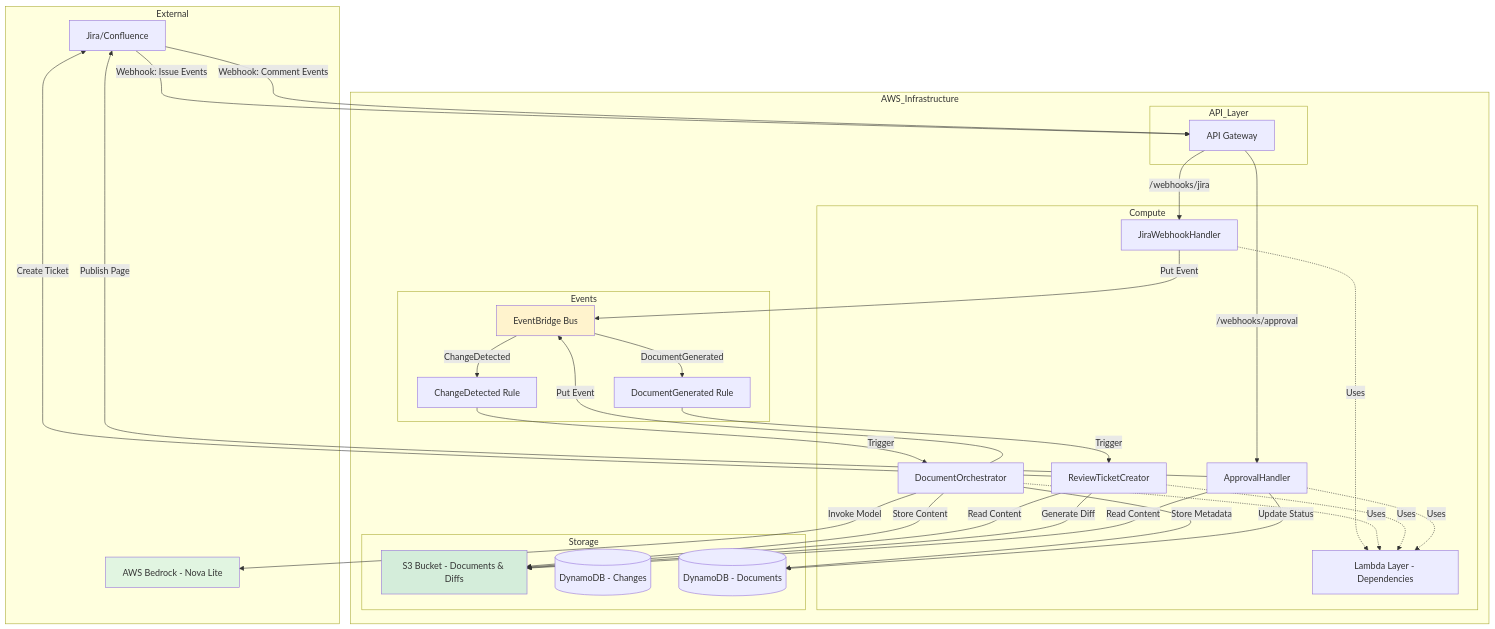
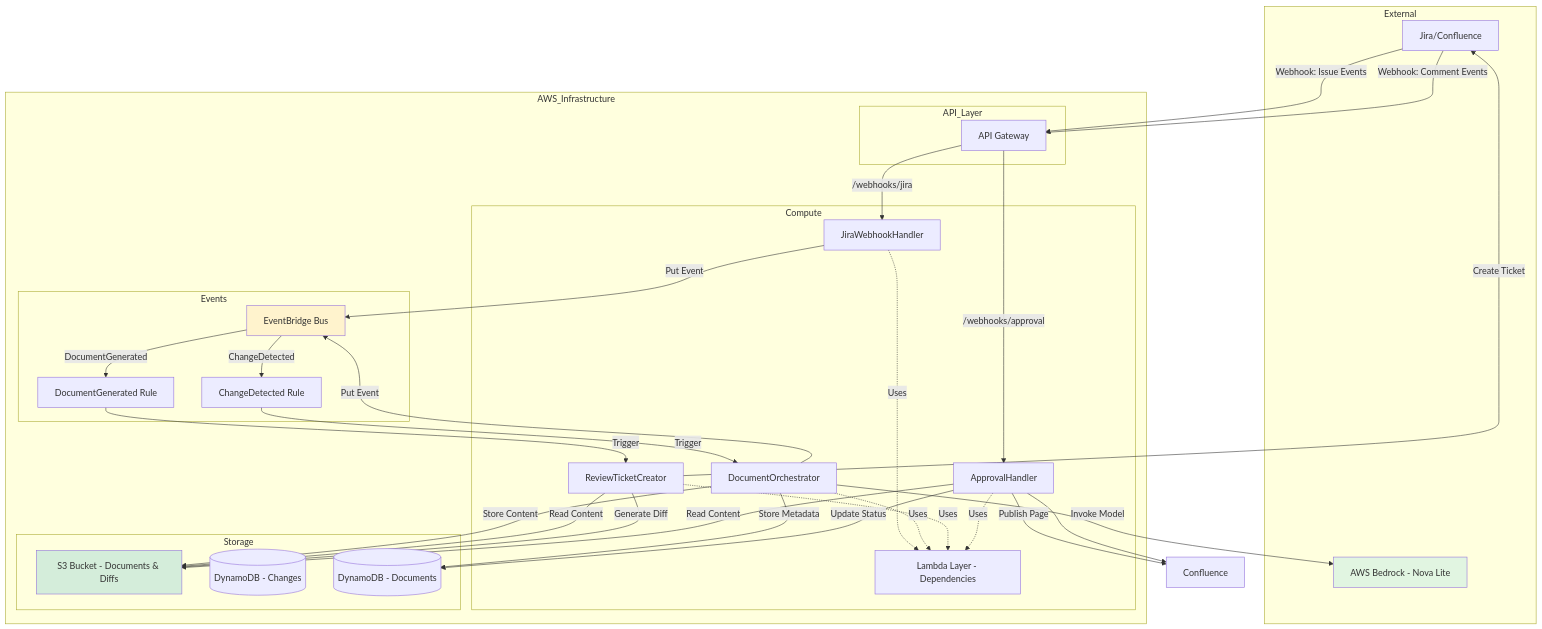
The first of 3 diagrams in docs/architecture.md (jaredgiosinuff/kinexus-ai), drawn with Mermaid before and after one commit. The commit also changed other lines of this file and 1 other file, not shown here.

First line of the commit message:
docs: Fix architecture.md inaccuracies and remove GitHub webhook references

````diff
--- a/docs/architecture.md
+++ b/docs/architecture.md
@@ -9,67 +9,70 @@
 ```mermaid
 flowchart TB
     subgraph External
         Jira[Jira/Confluence]
         Bedrock[AWS Bedrock - Nova Lite]
     end
 
     subgraph AWS_Infrastructure
         subgraph API_Layer
             APIGW[API Gateway]
         end
 
         subgraph Compute
             L1[JiraWebhookHandler]
             L2[DocumentOrchestrator]
             L3[ReviewTicketCreator]
             L4[ApprovalHandler]
             Layer[Lambda Layer - Dependencies]
         end
 
         subgraph Events
             EventBus[EventBridge Bus]
             R1[ChangeDetected Rule]
             R2[DocumentGenerated Rule]
         end
 
         subgraph Storage
             S3[S3 Bucket - Documents & Diffs]
             DDB1[(DynamoDB - Changes)]
             DDB2[(DynamoDB - Documents)]
         end
     end
 
     Jira -->|Webhook: Issue Events| APIGW
     Jira -->|Webhook: Comment Events| APIGW
     APIGW -->|/webhooks/jira| L1
     APIGW -->|/webhooks/approval| L4
 
     L1 -->|Put Event| EventBus
     EventBus -->|ChangeDetected| R1
     R1 -->|Trigger| L2
 
     L2 -->|Invoke Model| Bedrock
     L2 -->|Store Content| S3
     L2 -->|Store Metadata| DDB2
     L2 -->|Put Event| EventBus
 
     EventBus -->|DocumentGenerated| R2
     R2 -->|Trigger| L3
 
     L3 -->|Read Content| S3
     L3 -->|Generate Diff| S3
     L3 -->|Create Ticket| Jira
 
     L4 -->|Read Content| S3
-    L4 -->|Publish Page| Jira
+    L4 -->|Publish Page| Conf
     L4 -->|Update Status| DDB2
+
+    Conf[Confluence]
+    L4 --> Conf
 
     L1 -.->|Uses| Layer
     L2 -.->|Uses| Layer
     L3 -.->|Uses| Layer
     L4 -.->|Uses| Layer
 
     style Bedrock fill:#e1f5e1
     style S3 fill:#d4edda
     style EventBus fill:#fff3cd
 ```
````
